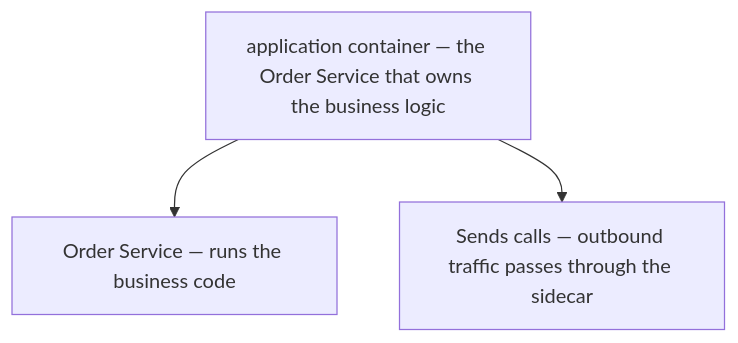
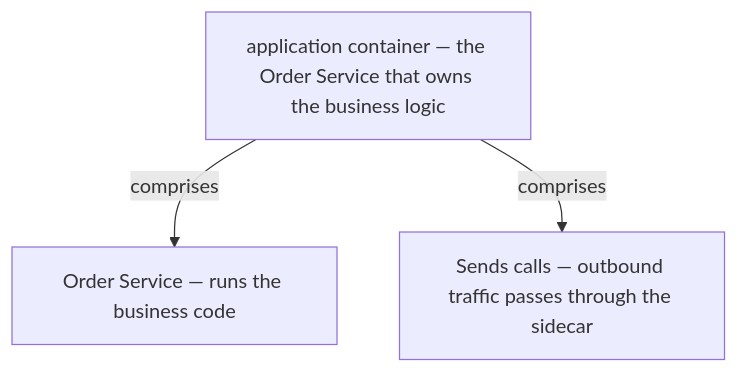
One commit to vinayakuber/microservices-io-study-guide changed the fifth of 13 diagrams in docs/ch42-sidecar.md. Above: the diagram before and after it, drawn with Mermaid. The commit also changed other lines of this file and 71 other files, not shown here.

First line of the commit message:
R18: label every diagram arrow with its meaning

````diff
--- a/docs/ch42-sidecar.md
+++ b/docs/ch42-sidecar.md
@@ -192,6 +192,6 @@
 ```mermaid
 flowchart TD
   R["application container — the Order Service that owns the business logic"]
-  R --> P0["Order Service — runs the business code"]
-  R --> P1["Sends calls — outbound traffic passes through the sidecar"]
+  R -->|"comprises"| P0["Order Service — runs the business code"]
+  R -->|"comprises"| P1["Sends calls — outbound traffic passes through the sidecar"]
 ```
````
